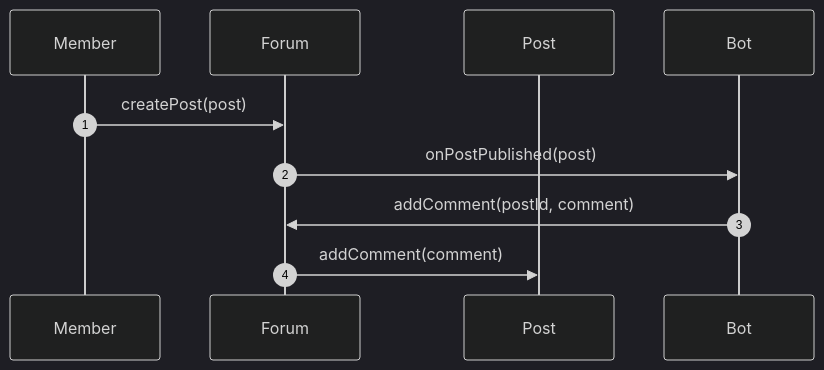
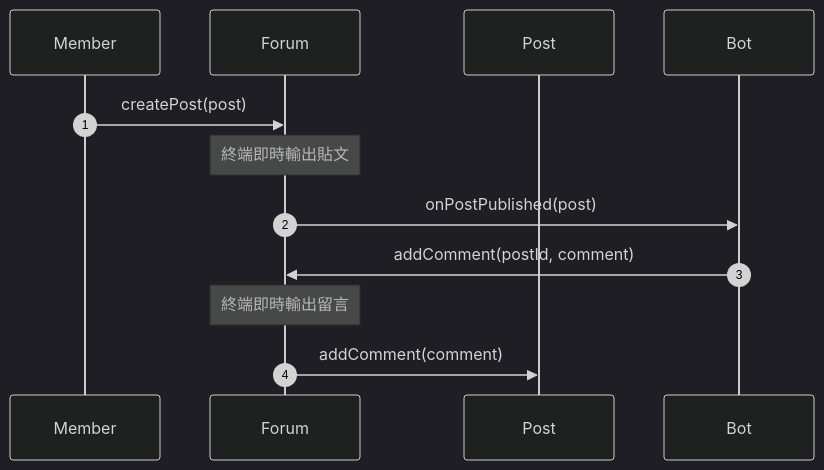
One commit to tanguitar8093/Software-Design-Pattern-HW changed the fifth of 7 diagrams in homework8_Waterball/OOA-方法呼叫關係分析.md. Above: the diagram before and after it, drawn with Mermaid (dark theme). The commit also changed other lines of this file and 10 other files, not shown here.

````diff
--- a/homework8_Waterball/OOA-方法呼叫關係分析.md
+++ b/homework8_Waterball/OOA-方法呼叫關係分析.md
@@ -175,14 +426,16 @@
 ```mermaid
 sequenceDiagram
     autonumber
     participant Member as Member
     participant Forum as Forum
     participant Post as Post
     participant Bot as Bot
 
     Member->>Forum: createPost(post)
+    Note over Forum: 終端即時輸出貼文
     Forum->>Bot: onPostPublished(post)
 
     Bot->>Forum: addComment(postId, comment)
+    Note over Forum: 終端即時輸出留言
     Forum->>Post: addComment(comment)
 ```
````
